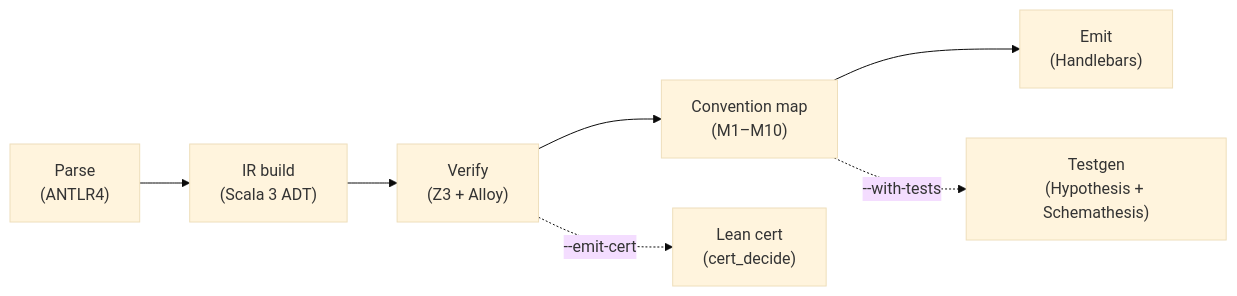
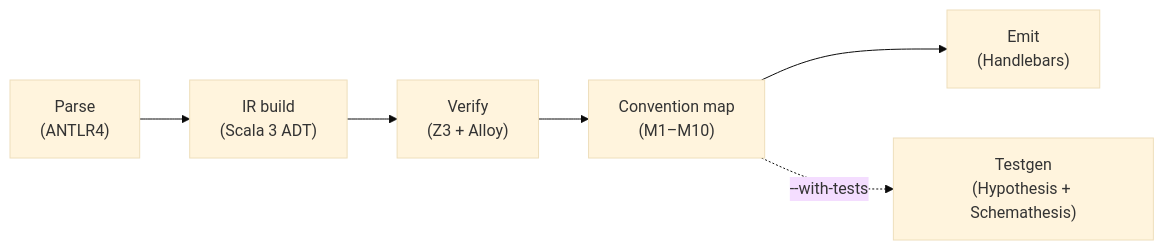
One commit to HardMax71/spec_to_rest changed the diagram in docs/content/docs/design/architecture.mdx. Above: the diagram before and after it, drawn with Mermaid (base theme). The commit also changed other lines of this file and 49 other files, not shown here.

````diff
--- a/docs/content/docs/design/architecture.mdx
+++ b/docs/content/docs/design/architecture.mdx
@@ -39,9 +40,8 @@
 ```mermaid
 flowchart LR
   Parse["Parse<br/>(ANTLR4)"] --> Build["IR build<br/>(Scala 3 ADT)"]
   Build --> Verify["Verify<br/>(Z3 + Alloy)"]
   Verify --> Map["Convention map<br/>(M1–M10)"]
   Map --> Emit["Emit<br/>(Handlebars)"]
-  Verify -.->|--emit-cert| Cert["Lean cert<br/>(cert_decide)"]
   Map -.->|--with-tests| Tests["Testgen<br/>(Hypothesis + Schemathesis)"]
 ```
````
